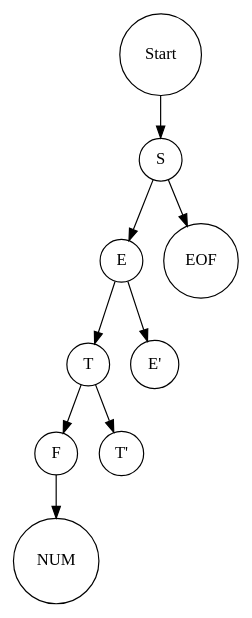
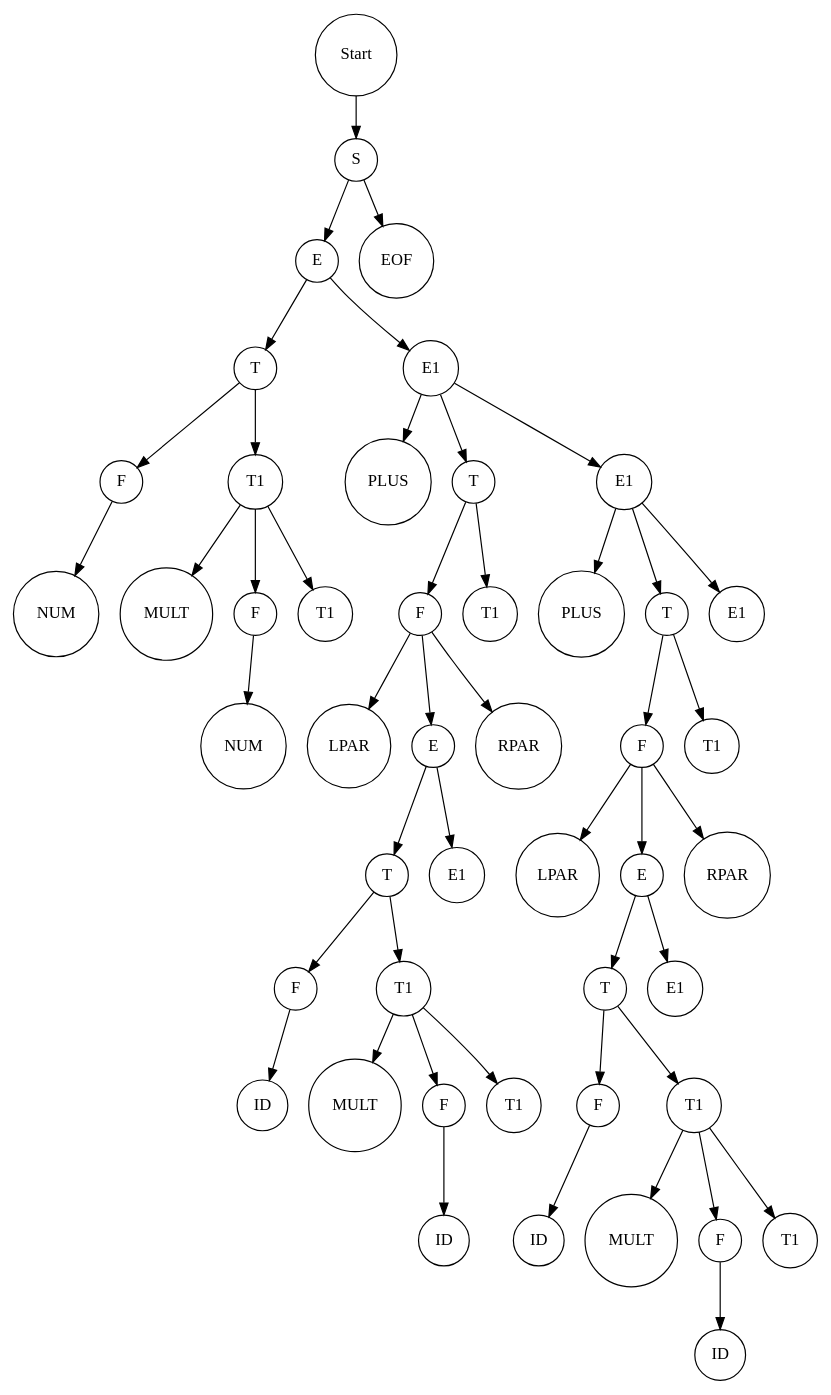
The diagram in tree.dot (GH120/JS-Compiler), drawn with Graphviz before and after one commit. The commit also changed 6 other files, not shown here.

```diff
--- a/tree.dot
+++ b/tree.dot
@@ -1,21 +1,97 @@
 digraph G {
             rankdir=TB; // Tree-like top-bottom orientation
             node [shape=circle];
               node0 [label="Start"];
   node0_0 [label="S"];
   node0 -> node0_0;
   node0_0_0 [label="E"];
   node0_0 -> node0_0_0;
   node0_0_0_0 [label="T"];
   node0_0_0 -> node0_0_0_0;
   node0_0_0_0_0 [label="F"];
   node0_0_0_0 -> node0_0_0_0_0;
   node0_0_0_0_0_0 [label="NUM"];
   node0_0_0_0_0 -> node0_0_0_0_0_0;
-  node0_0_0_0_1 [label="T'"];
+  node0_0_0_0_1 [label="T1"];
   node0_0_0_0 -> node0_0_0_0_1;
-  node0_0_0_1 [label="E'"];
+  node0_0_0_0_1_0 [label="MULT"];
+  node0_0_0_0_1 -> node0_0_0_0_1_0;
+  node0_0_0_0_1_1 [label="F"];
+  node0_0_0_0_1 -> node0_0_0_0_1_1;
+  node0_0_0_0_1_1_0 [label="NUM"];
+  node0_0_0_0_1_1 -> node0_0_0_0_1_1_0;
+  node0_0_0_0_1_2 [label="T1"];
+  node0_0_0_0_1 -> node0_0_0_0_1_2;
+  node0_0_0_1 [label="E1"];
   node0_0_0 -> node0_0_0_1;
+  node0_0_0_1_0 [label="PLUS"];
+  node0_0_0_1 -> node0_0_0_1_0;
+  node0_0_0_1_1 [label="T"];
+  node0_0_0_1 -> node0_0_0_1_1;
+  node0_0_0_1_1_0 [label="F"];
+  node0_0_0_1_1 -> node0_0_0_1_1_0;
+  node0_0_0_1_1_0_0 [label="LPAR"];
+  node0_0_0_1_1_0 -> node0_0_0_1_1_0_0;
+  node0_0_0_1_1_0_1 [label="E"];
+  node0_0_0_1_1_0 -> node0_0_0_1_1_0_1;
+  node0_0_0_1_1_0_1_0 [label="T"];
+  node0_0_0_1_1_0_1 -> node0_0_0_1_1_0_1_0;
+  node0_0_0_1_1_0_1_0_0 [label="F"];
+  node0_0_0_1_1_0_1_0 -> node0_0_0_1_1_0_1_0_0;
+  node0_0_0_1_1_0_1_0_0_0 [label="ID"];
+  node0_0_0_1_1_0_1_0_0 -> node0_0_0_1_1_0_1_0_0_0;
+  node0_0_0_1_1_0_1_0_1 [label="T1"];
+  node0_0_0_1_1_0_1_0 -> node0_0_0_1_1_0_1_0_1;
+  node0_0_0_1_1_0_1_0_1_0 [label="MULT"];
+  node0_0_0_1_1_0_1_0_1 -> node0_0_0_1_1_0_1_0_1_0;
+  node0_0_0_1_1_0_1_0_1_1 [label="F"];
+  node0_0_0_1_1_0_1_0_1 -> node0_0_0_1_1_0_1_0_1_1;
+  node0_0_0_1_1_0_1_0_1_1_0 [label="ID"];
+  node0_0_0_1_1_0_1_0_1_1 -> node0_0_0_1_1_0_1_0_1_1_0;
+  node0_0_0_1_1_0_1_0_1_2 [label="T1"];
+  node0_0_0_1_1_0_1_0_1 -> node0_0_0_1_1_0_1_0_1_2;
+  node0_0_0_1_1_0_1_1 [label="E1"];
+  node0_0_0_1_1_0_1 -> node0_0_0_1_1_0_1_1;
+  node0_0_0_1_1_0_2 [label="RPAR"];
+  node0_0_0_1_1_0 -> node0_0_0_1_1_0_2;
+  node0_0_0_1_1_1 [label="T1"];
+  node0_0_0_1_1 -> node0_0_0_1_1_1;
+  node0_0_0_1_2 [label="E1"];
+  node0_0_0_1 -> node0_0_0_1_2;
+  node0_0_0_1_2_0 [label="PLUS"];
+  node0_0_0_1_2 -> node0_0_0_1_2_0;
+  node0_0_0_1_2_1 [label="T"];
+  node0_0_0_1_2 -> node0_0_0_1_2_1;
+  node0_0_0_1_2_1_0 [label="F"];
+  node0_0_0_1_2_1 -> node0_0_0_1_2_1_0;
+  node0_0_0_1_2_1_0_0 [label="LPAR"];
+  node0_0_0_1_2_1_0 -> node0_0_0_1_2_1_0_0;
+  node0_0_0_1_2_1_0_1 [label="E"];
+  node0_0_0_1_2_1_0 -> node0_0_0_1_2_1_0_1;
+  node0_0_0_1_2_1_0_1_0 [label="T"];
+  node0_0_0_1_2_1_0_1 -> node0_0_0_1_2_1_0_1_0;
+  node0_0_0_1_2_1_0_1_0_0 [label="F"];
+  node0_0_0_1_2_1_0_1_0 -> node0_0_0_1_2_1_0_1_0_0;
+  node0_0_0_1_2_1_0_1_0_0_0 [label="ID"];
+  node0_0_0_1_2_1_0_1_0_0 -> node0_0_0_1_2_1_0_1_0_0_0;
+  node0_0_0_1_2_1_0_1_0_1 [label="T1"];
+  node0_0_0_1_2_1_0_1_0 -> node0_0_0_1_2_1_0_1_0_1;
+  node0_0_0_1_2_1_0_1_0_1_0 [label="MULT"];
+  node0_0_0_1_2_1_0_1_0_1 -> node0_0_0_1_2_1_0_1_0_1_0;
+  node0_0_0_1_2_1_0_1_0_1_1 [label="F"];
+  node0_0_0_1_2_1_0_1_0_1 -> node0_0_0_1_2_1_0_1_0_1_1;
+  node0_0_0_1_2_1_0_1_0_1_1_0 [label="ID"];
+  node0_0_0_1_2_1_0_1_0_1_1 -> node0_0_0_1_2_1_0_1_0_1_1_0;
+  node0_0_0_1_2_1_0_1_0_1_2 [label="T1"];
+  node0_0_0_1_2_1_0_1_0_1 -> node0_0_0_1_2_1_0_1_0_1_2;
+  node0_0_0_1_2_1_0_1_1 [label="E1"];
+  node0_0_0_1_2_1_0_1 -> node0_0_0_1_2_1_0_1_1;
+  node0_0_0_1_2_1_0_2 [label="RPAR"];
+  node0_0_0_1_2_1_0 -> node0_0_0_1_2_1_0_2;
+  node0_0_0_1_2_1_1 [label="T1"];
+  node0_0_0_1_2_1 -> node0_0_0_1_2_1_1;
+  node0_0_0_1_2_2 [label="E1"];
+  node0_0_0_1_2 -> node0_0_0_1_2_2;
   node0_0_1 [label="EOF"];
   node0_0 -> node0_0_1;
         }
```
